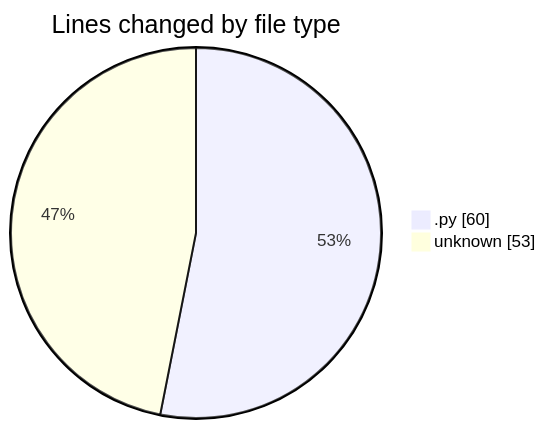
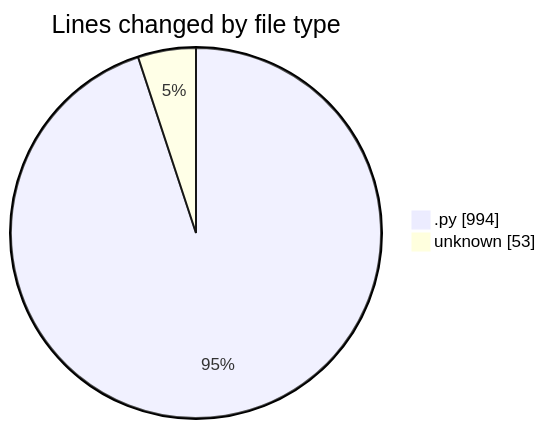
The first of 2 diagrams in 2025-11-13/eventscop-api-guide__workspace_/README.md (julien-gomy/code-tracking), drawn with Mermaid before and after one commit. The commit also changed other lines of this file and 1 other file, not shown here.

````diff
--- a/2025-11-13/eventscop-api-guide__workspace_/README.md
+++ b/2025-11-13/eventscop-api-guide__workspace_/README.md
@@ -21,6 +22,6 @@
 ```mermaid
 pie showData
 title Lines changed by file type
-".py" : 60
+".py" : 994
 "unknown" : 53
 ```
````
